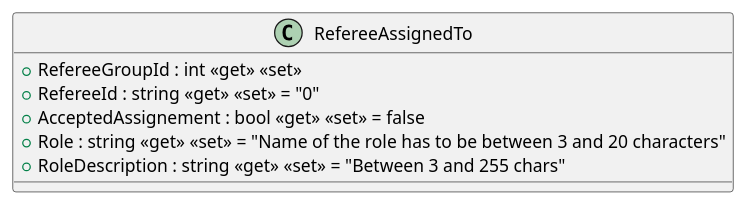
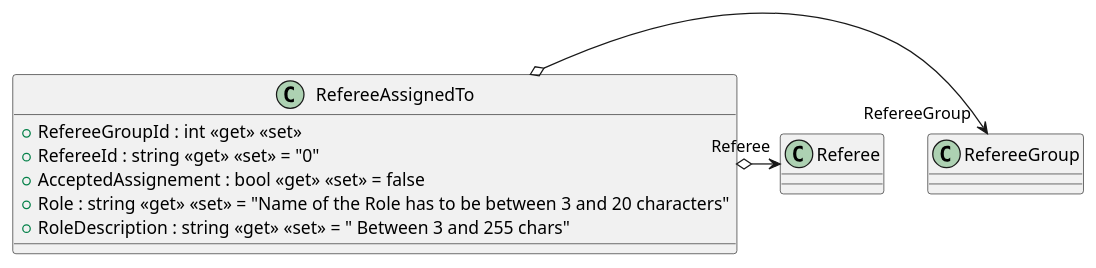
One commit to SEII2627ZeroDay/ISII2627ZeroDay changed the diagram in src/AppForSEII.API/ClassDiagram/src/AppForSEII.API/Models/RefereeAssignedTo.puml. Above: the diagram before and after it, drawn with PlantUML. The commit also changed 8 other files, not shown here.

Commit message:
docs: regenerate PlantUML class diagrams with all models and relationships

```diff
--- a/src/AppForSEII.API/ClassDiagram/src/AppForSEII.API/Models/RefereeAssignedTo.puml
+++ b/src/AppForSEII.API/ClassDiagram/src/AppForSEII.API/Models/RefereeAssignedTo.puml
@@ -1,9 +1,11 @@
 @startuml
 class RefereeAssignedTo {
     + RefereeGroupId : int <<get>> <<set>>
     + RefereeId : string <<get>> <<set>> = "0"
     + AcceptedAssignement : bool <<get>> <<set>> = false
-    + Role : string <<get>> <<set>> = "Name of the role has to be between 3 and 20 characters"
-    + RoleDescription : string <<get>> <<set>> = "Between 3 and 255 chars"
+    + Role : string <<get>> <<set>> = "Name of the Role has to be between 3 and 20 characters"
+    + RoleDescription : string <<get>> <<set>> = " Between 3 and 255 chars"
 }
+RefereeAssignedTo o-> "RefereeGroup" RefereeGroup
+RefereeAssignedTo o-> "Referee" Referee
 @enduml
```
